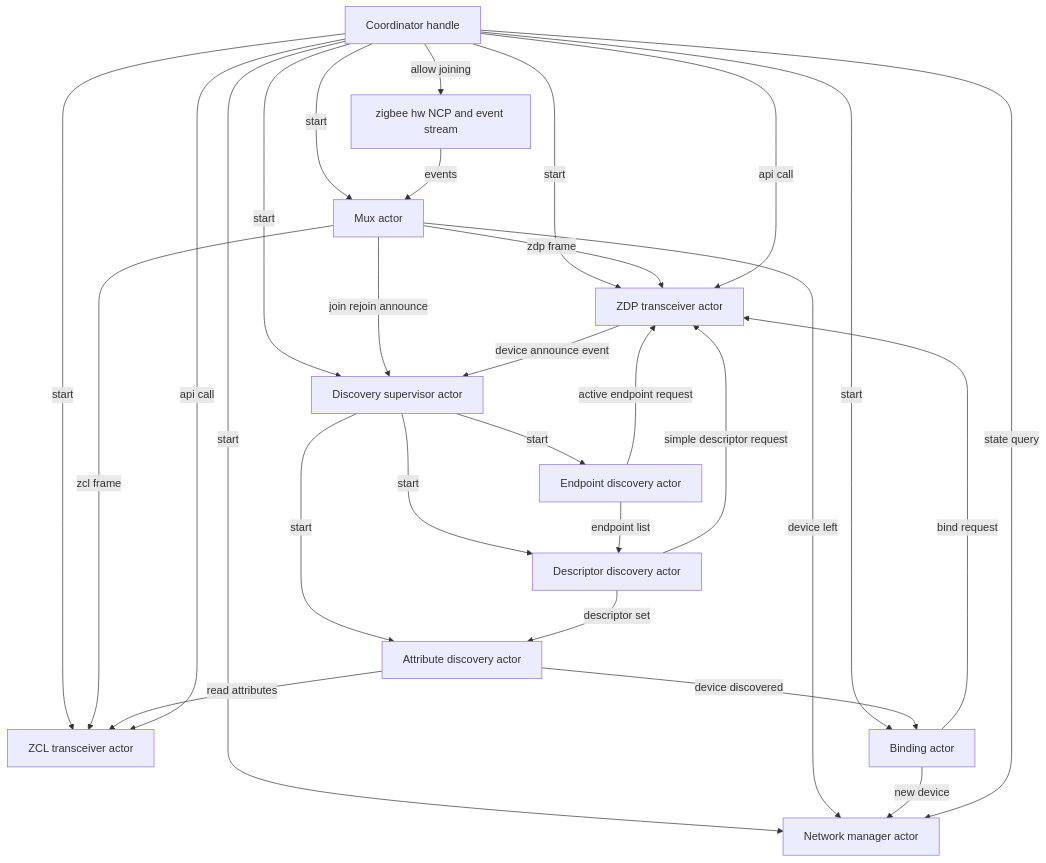
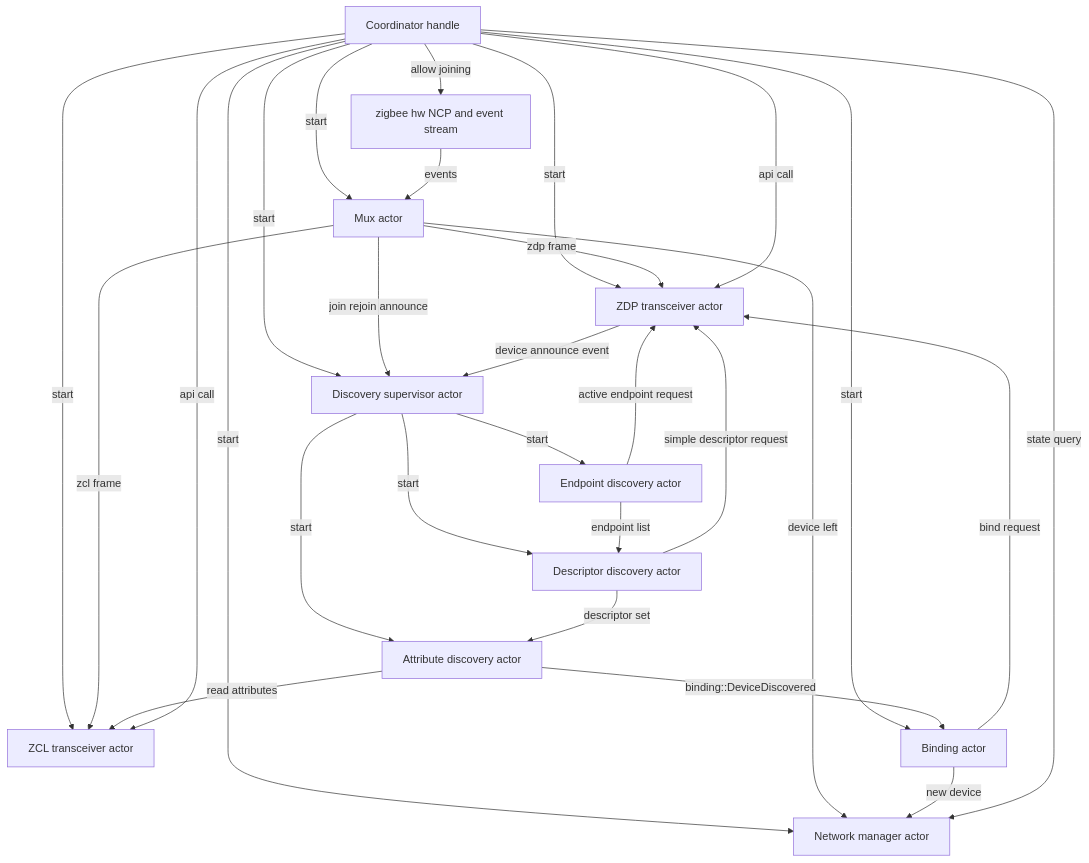
One commit to PaulmannLighting/apis-saltans changed the first of 5 diagrams in zigbee-coordinator/ARCHITECTURE.md. Above: the diagram before and after it, drawn with Mermaid. The commit also changed other lines of this file, not shown here.

````diff
--- a/zigbee-coordinator/ARCHITECTURE.md
+++ b/zigbee-coordinator/ARCHITECTURE.md
@@ -20,48 +20,48 @@
 ```mermaid
 flowchart TD
     HW[zigbee hw NCP and event stream]
     C[Coordinator handle]
 
     M[Mux actor]
     ZCL[ZCL transceiver actor]
     ZDP[ZDP transceiver actor]
     D[Discovery supervisor actor]
     ED[Endpoint discovery actor]
     DD[Descriptor discovery actor]
     AD[Attribute discovery actor]
     B[Binding actor]
     NM[Network manager actor]
 
     C -->|start| M
     C -->|start| ZCL
     C -->|start| ZDP
     C -->|start| D
     C -->|start| B
     C -->|start| NM
 
     D -->|start| ED
     D -->|start| DD
     D -->|start| AD
 
     HW -->|events| M
     M -->|zcl frame| ZCL
     M -->|zdp frame| ZDP
     M -->|join rejoin announce| D
     M -->|device left| NM
 
     ED -->|active endpoint request| ZDP
     ED -->|endpoint list| DD
     DD -->|simple descriptor request| ZDP
     DD -->|descriptor set| AD
     AD -->|read attributes| ZCL
-    AD -->|device discovered| B
+    AD -->|binding::DeviceDiscovered| B
     B -->|bind request| ZDP
     B -->|new device| NM
 
     ZDP -->|device announce event| D
 
     C -->|api call| ZCL
     C -->|api call| ZDP
     C -->|state query| NM
     C -->|allow joining| HW
 ```
````
